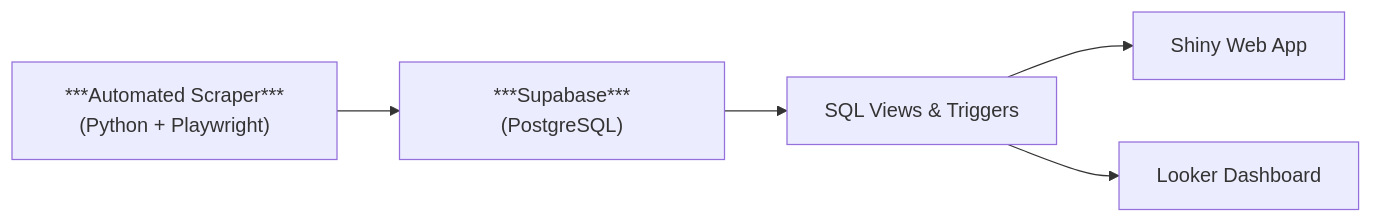
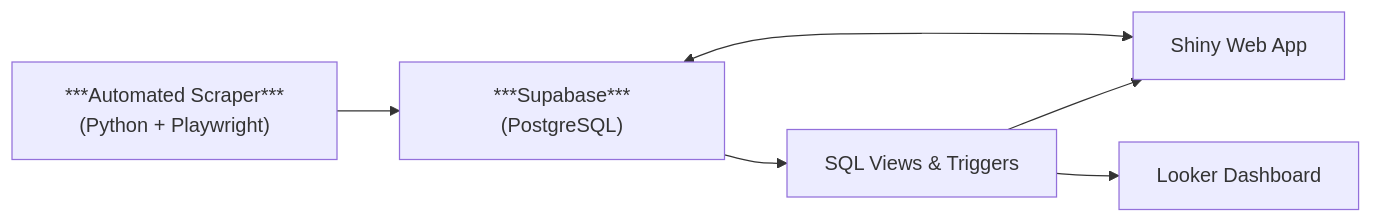
One commit to cmurga95/chapelhillbjj changed the diagram in README.md. Above: the diagram before and after it, drawn with Mermaid.

````diff
--- a/README.md
+++ b/README.md
@@ -17,13 +17,14 @@
 ```mermaid
 flowchart LR
   A["***Automated Scraper***(Python + Playwright)"]
   B["***Supabase***(PostgreSQL)"]
   C["SQL Views & Triggers"]
   D["Shiny Web App"]
   E["Looker Dashboard"]
 
   A --> B
   B --> C
   C --> D
   C --> E
+  D <--> B
 ```
````
